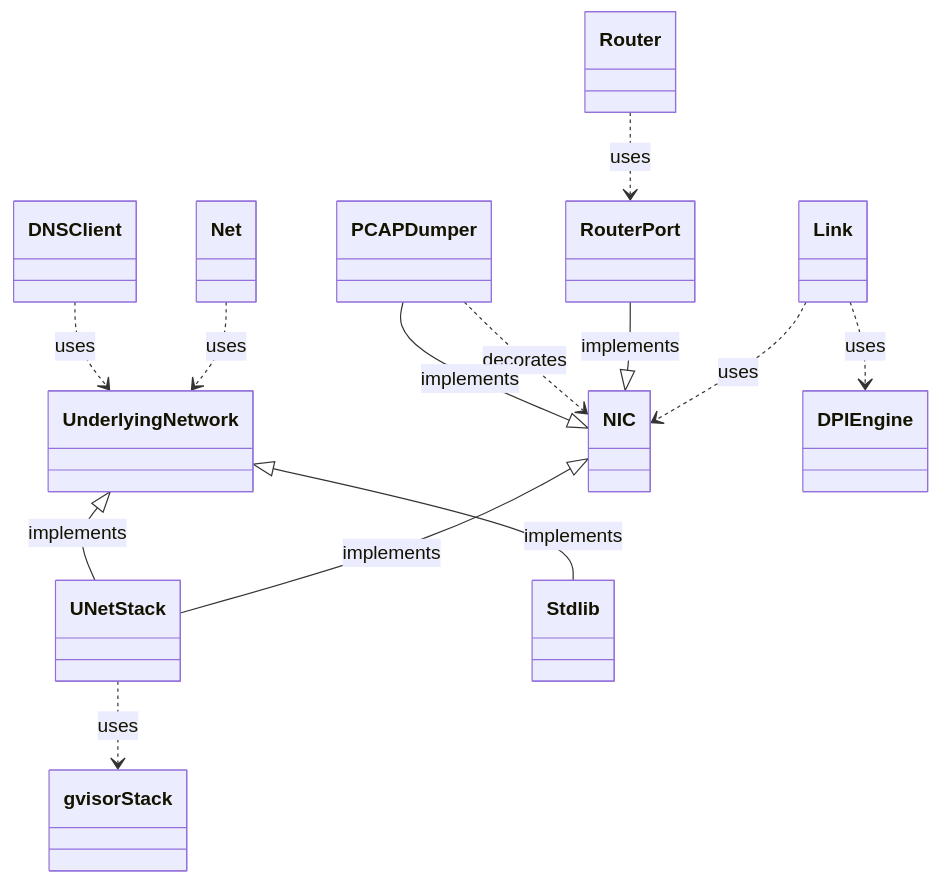
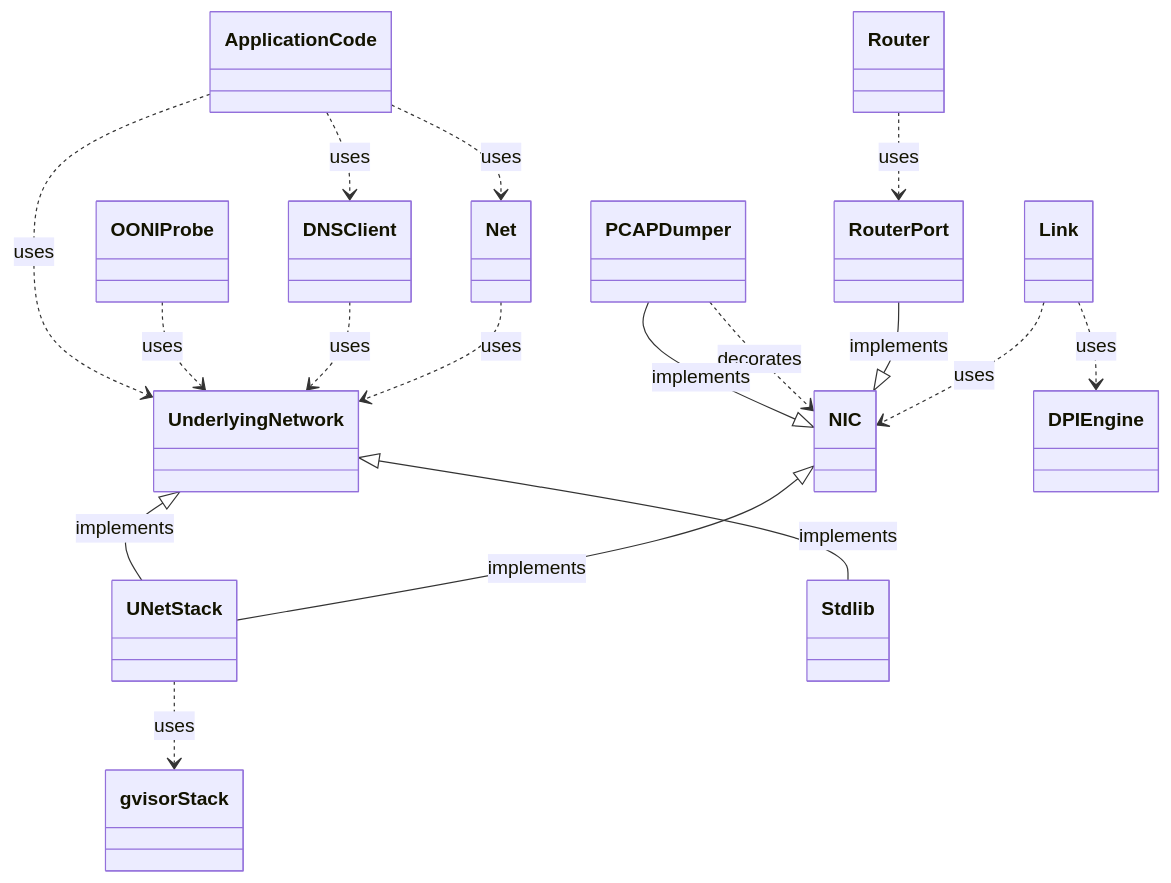
One commit to ooni/netem changed the diagram in ARCHITECTURE.md. Above: the diagram before and after it, drawn with Mermaid.

````diff
--- a/ARCHITECTURE.md
+++ b/ARCHITECTURE.md
@@ -39,15 +39,19 @@
 ```mermaid
 classDiagram
 NIC <|-- UNetStack : implements
 UnderlyingNetwork <|-- UNetStack : implements
 Net ..> UnderlyingNetwork : uses
 Link ..> DPIEngine : uses
 Link ..> NIC : uses
 Router ..> RouterPort : uses
 RouterPort --|> NIC: implements
 DNSClient ..> UnderlyingNetwork : uses
 UNetStack ..> gvisorStack : uses
 UnderlyingNetwork <|-- Stdlib : implements
 PCAPDumper ..> NIC : decorates
 PCAPDumper --|> NIC : implements
+ApplicationCode ..> Net : uses
+ApplicationCode ..> DNSClient : uses
+OONIProbe ..> UnderlyingNetwork : uses
+ApplicationCode ..> UnderlyingNetwork : uses
 ```
````
